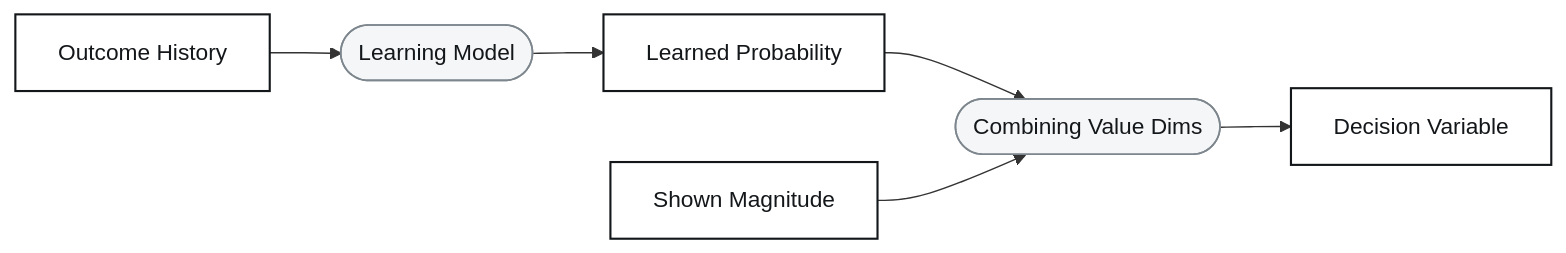
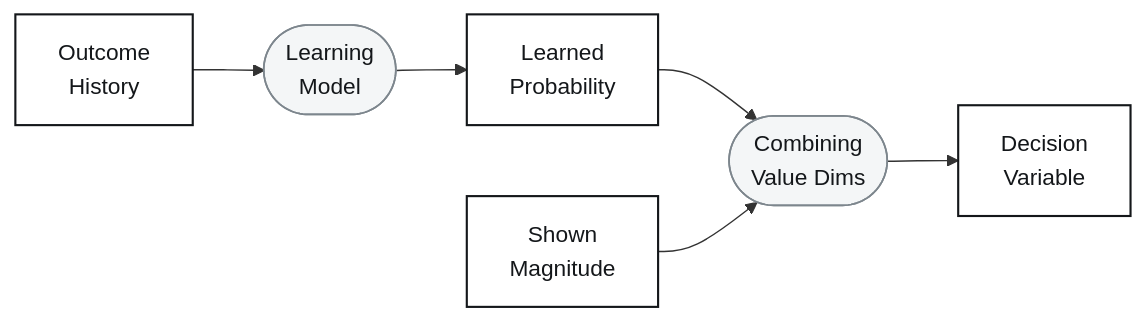
One commit to JanGrohn/ComputationalModelingBlockPractical changed the diagram in docs/session1/diagrams/model.mmd. Above: the diagram before and after it, drawn with Mermaid. The commit also changed 26 other files, not shown here.

```diff
--- a/docs/session1/diagrams/model.mmd
+++ b/docs/session1/diagrams/model.mmd
@@ -1,15 +1,15 @@
 %% Boxes are the things the model holds; rounded tinted nodes are the
 %% operations that take you from one box to the next. Combining value
 %% dimensions is a single step that both the learned probability and the
 %% shown magnitude feed into.
 flowchart LR
-  OH["Outcome History"] --> LM(["Learning Model"])
-  LM --> LP["Learned Probability"]
-  LP --> CV(["Combining Value Dims"])
-  SM["Shown Magnitude"] --> CV
-  CV --> DV["Decision Variable"]
+  OH["Outcome<br>History"] --> LM(["Learning<br>Model"])
+  LM --> LP["Learned<br>Probability"]
+  LP --> CV(["Combining<br>Value Dims"])
+  SM["Shown<br>Magnitude"] --> CV
+  CV --> DV["Decision<br>Variable"]
 
   classDef state fill:#ffffff,stroke:#14171a,stroke-width:1.5px,color:#14171a;
   classDef op fill:#f4f6f7,stroke:#7d868d,stroke-width:1.2px,color:#14171a;
   class OH,LP,SM,DV state;
   class LM,CV op;
```
